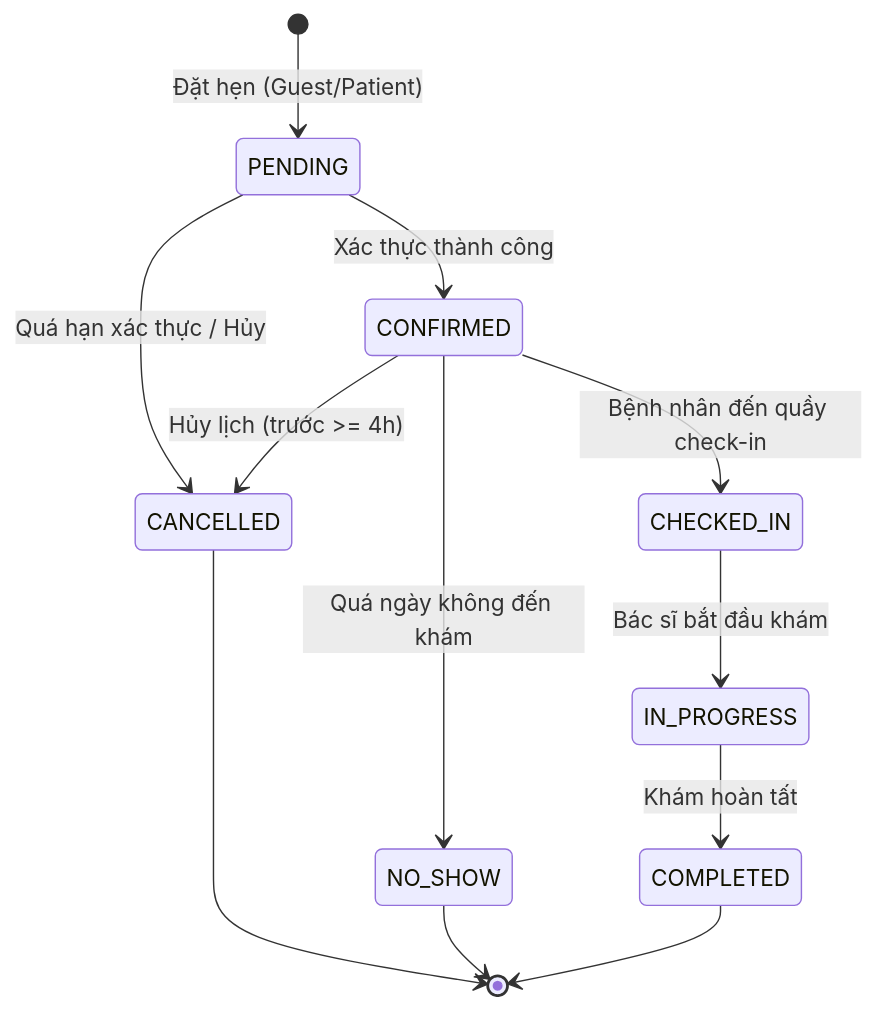
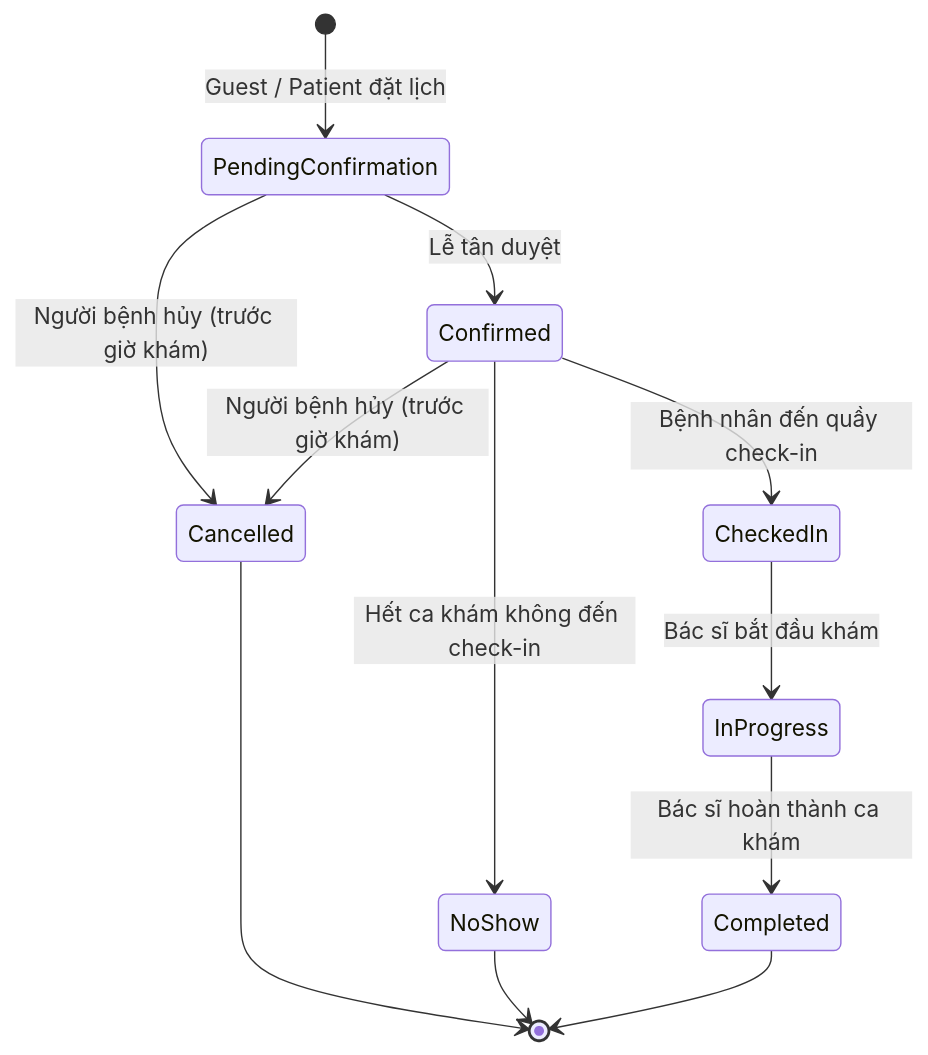
One commit to lin0935191047-ops/Clinic_Appointment_Management_Project changed the first of 2 diagrams in docs/BUSINESS_RULES.md. Above: the diagram before and after it, drawn with Mermaid. The commit also changed other lines of this file and 12 other files, not shown here.

````diff
--- a/docs/BUSINESS_RULES.md
+++ b/docs/BUSINESS_RULES.md
@@ -49,14 +113,14 @@
 ```mermaid
 stateDiagram-v2
-    [*] --> PENDING: Đặt hẹn (Guest/Patient)
-    PENDING --> CONFIRMED: Xác thực thành công
-    PENDING --> CANCELLED: Quá hạn xác thực / Hủy
-    CONFIRMED --> CHECKED_IN: Bệnh nhân đến quầy check-in
-    CONFIRMED --> CANCELLED: Hủy lịch (trước >= 4h)
-    CONFIRMED --> NO_SHOW: Quá ngày không đến khám
-    CHECKED_IN --> IN_PROGRESS: Bác sĩ bắt đầu khám
-    IN_PROGRESS --> COMPLETED: Khám hoàn tất
-    CANCELLED --> [*]
-    NO_SHOW --> [*]
-    COMPLETED --> [*]
+    [*] --> PendingConfirmation: Guest / Patient đặt lịch
+    PendingConfirmation --> Confirmed: Lễ tân duyệt
+    PendingConfirmation --> Cancelled: Người bệnh hủy (trước giờ khám)
+    Confirmed --> CheckedIn: Bệnh nhân đến quầy check-in
+    Confirmed --> Cancelled: Người bệnh hủy (trước giờ khám)
+    Confirmed --> NoShow: Hết ca khám không đến check-in
+    CheckedIn --> InProgress: Bác sĩ bắt đầu khám
+    InProgress --> Completed: Bác sĩ hoàn thành ca khám
+    Cancelled --> [*]
+    NoShow --> [*]
+    Completed --> [*]
 ```
````
